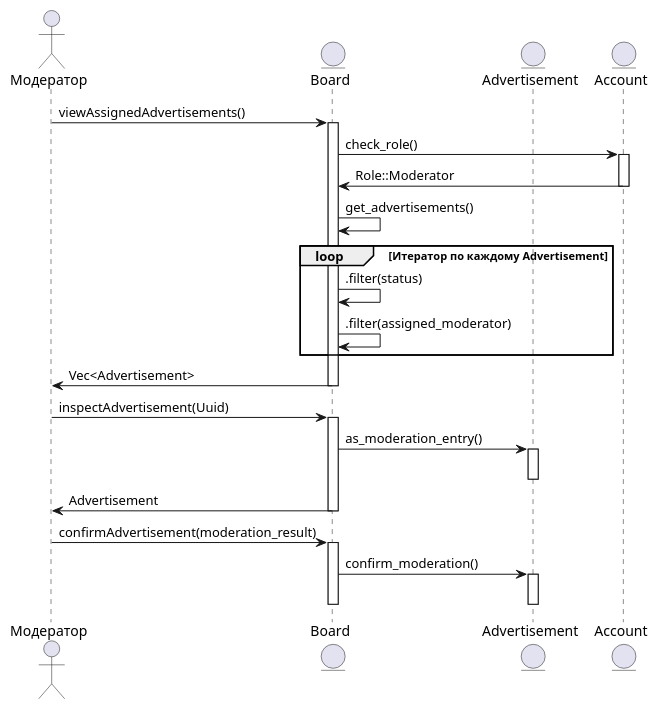
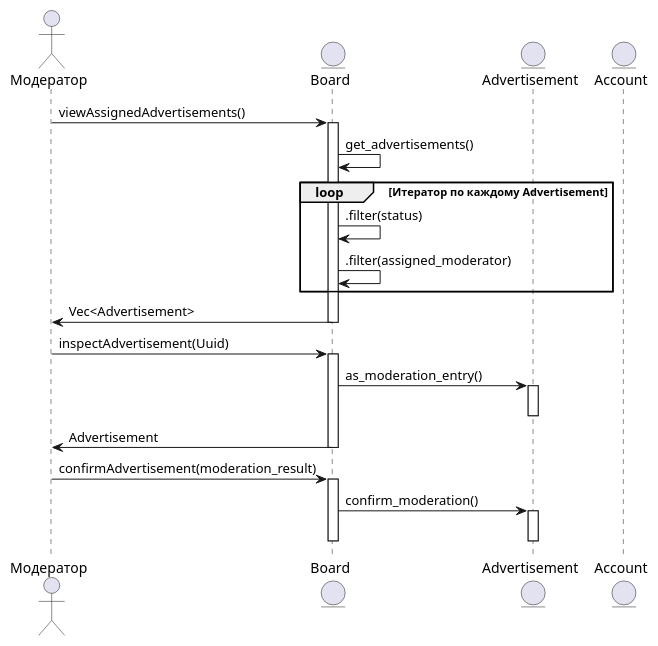
Before and after one commit to penamarth/bsbo-01-22_team1_var13: the diagram in Диаграмма последовательности Модерация объявлений.md, drawn with PlantUML.

Commit message:
Update Диаграмма последовательности Модерация объявлений.md

````diff
--- a/Диаграмма последовательности Модерация объявлений.md
+++ b/Диаграмма последовательности Модерация объявлений.md
@@ -1,39 +1,35 @@
 ```plantuml
 @startuml
 
 actor Модератор
 entity Board
 entity Advertisement
 entity Account
 
 Модератор -> Board : viewAssignedAdvertisements()
 activate Board
-Board -> Account : check_role()
-activate Account
-Board <- Account : Role::Moderator
-deactivate Account
 Board -> Board : get_advertisements()
 loop Итератор по каждому Advertisement
 Board -> Board : .filter(status)
 Board -> Board : .filter(assigned_moderator)
 end
 Модератор <- Board : Vec<Advertisement>
 deactivate Board
 
 Модератор -> Board : inspectAdvertisement(Uuid)
 activate Board
 Board -> Advertisement : as_moderation_entry()
 activate Advertisement
 deactivate Advertisement
 Модератор <- Board : Advertisement
 deactivate Board
 
 Модератор -> Board : confirmAdvertisement(moderation_result)
 activate Board
 Board -> Advertisement : confirm_moderation()
 activate Advertisement
 deactivate Advertisement
 deactivate Board
 
 @enduml
 ```
````
